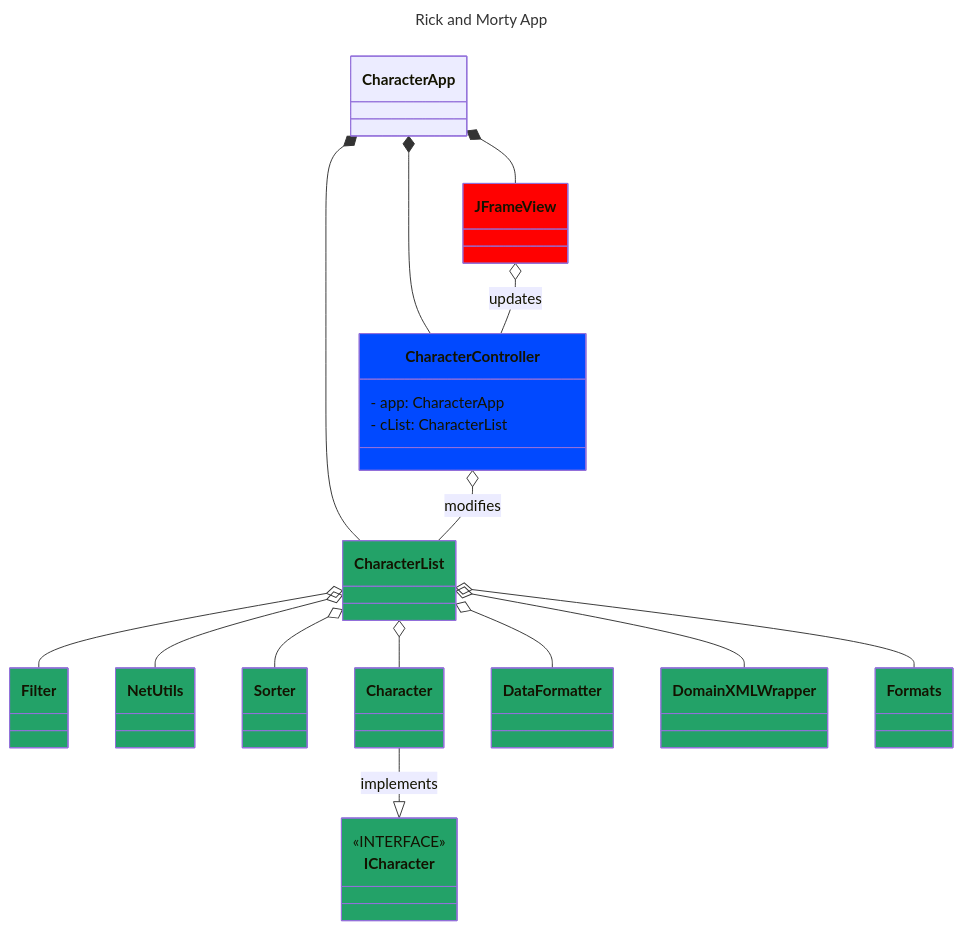
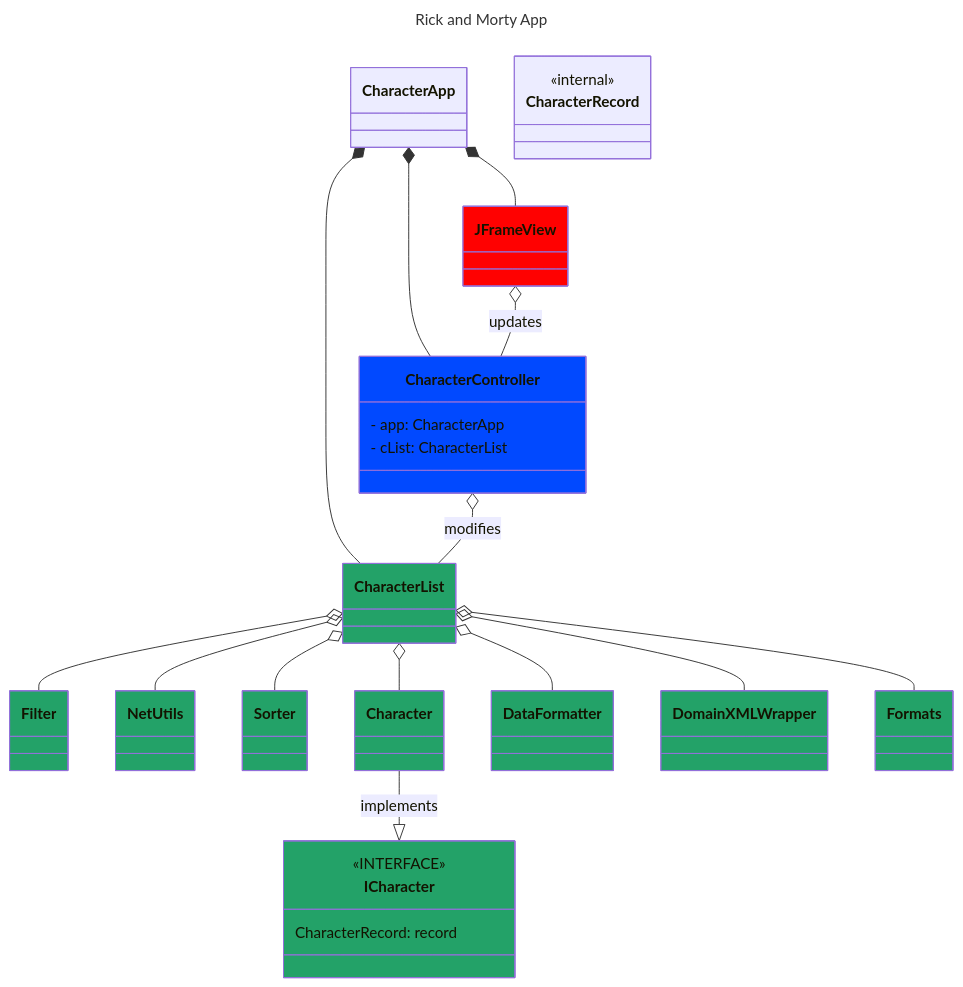
One commit to Su24-CS5004-Online-Lionelle/final-project-group-10 changed the diagram in DesignDocuments/InitialUML.md. Above: the diagram before and after it, drawn with Mermaid.

````diff
--- a/DesignDocuments/InitialUML.md
+++ b/DesignDocuments/InitialUML.md
@@ -1,71 +1,72 @@
 ```mermaid
 ---
 title: Rick and Morty App
 ---
 classDiagram
     direction TB
     class CharacterApp{
  }
     class JFrameView{
         
  }
     class Filter{
         
     }
     class NetUtils{
         
     }
     class Sorter{
         
     }
     class Character{
         
     }
     Character --|> ICharacter: implements
     class ICharacter{
         <<INTERFACE>>
+        CharacterRecord: record
     }
     class DataFormatter{
         
     }
     class DomainXMLWrapper{
         
     }
     class Formats{
         
     }
     class CharacterController{
          - app: CharacterApp
          - cList: CharacterList
     }
-    class CharacterList{
-        
+    class CharacterRecord{
+        <<internal>>
     }
     CharacterApp *-- JFrameView
     CharacterApp *-- CharacterController
     CharacterApp *-- CharacterList
     JFrameView o-- CharacterController: updates
     CharacterController o-- CharacterList: modifies
     CharacterList o-- Character
     CharacterList o-- Filter
     CharacterList o-- DataFormatter
     CharacterList o-- DomainXMLWrapper
     CharacterList o-- NetUtils
     CharacterList o-- Sorter
     CharacterList o-- Formats
     
 
     style DataFormatter fill:#23A268
     style CharacterList fill:#23A268
     style DomainXMLWrapper fill:#23A268
     style Formats fill:#23A268
     style NetUtils fill:#23A268
     style Sorter fill:#23A268
     style Character fill:#23A268
     style Filter fill:#23A268
     style ICharacter fill:#23A268
     style JFrameView fill: #FF0101
     style CharacterController fill:#0149FF
 
 
 ```
````
